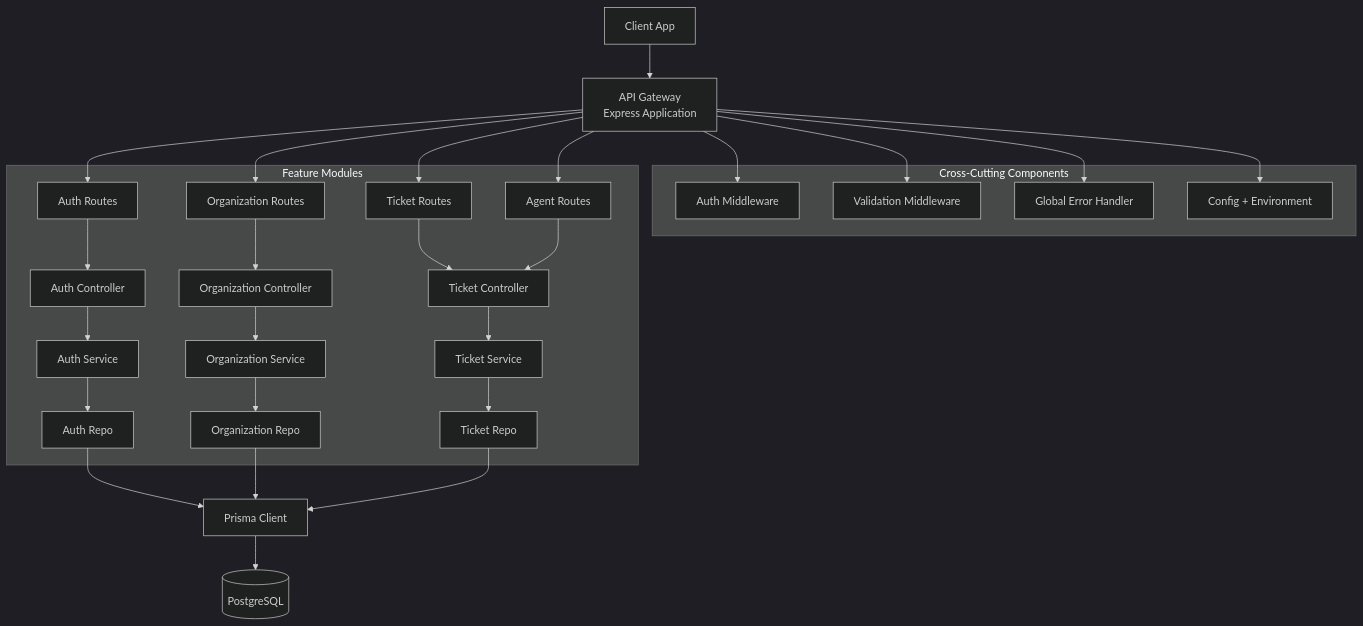
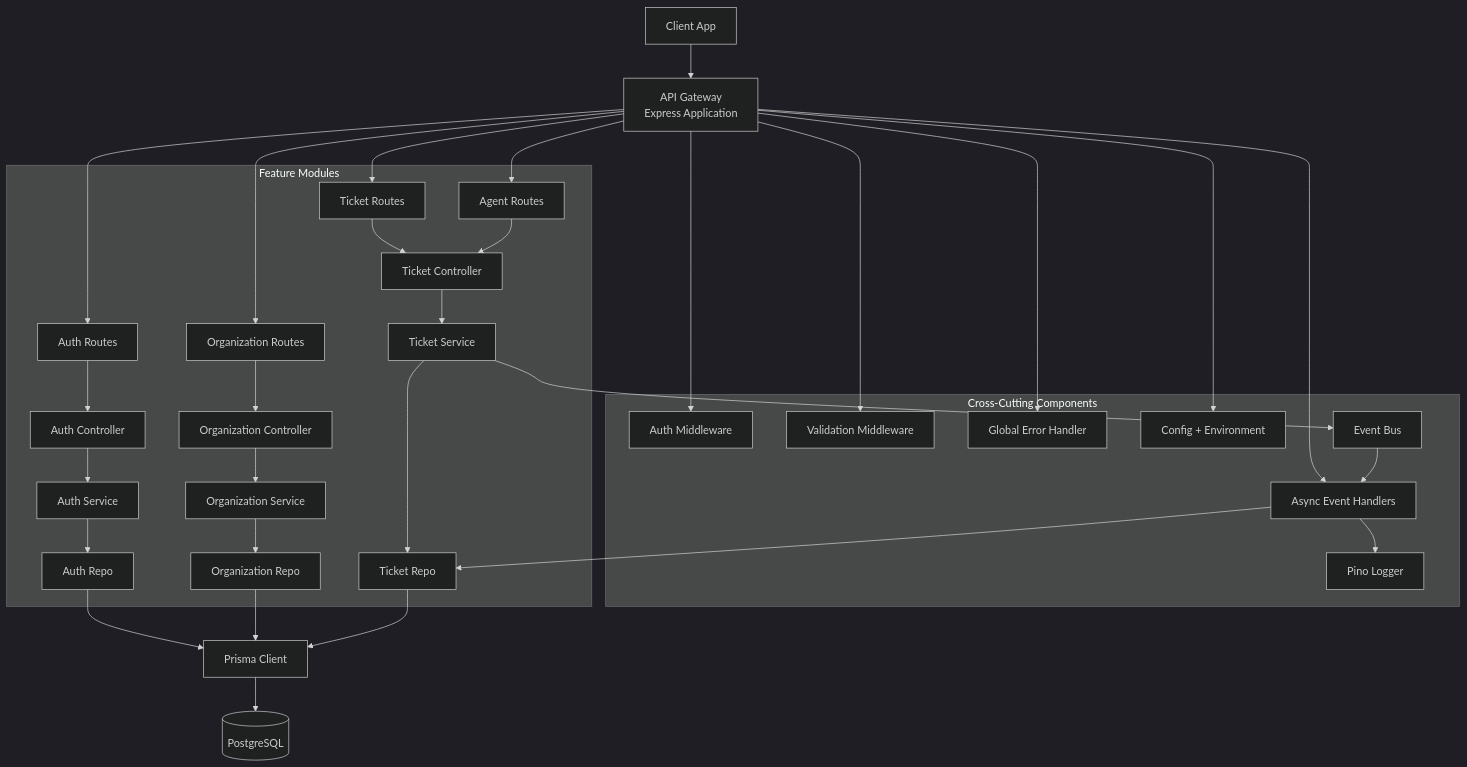
Before and after one commit to hardik-agarwal18/HelpForge: the diagram in docs/uml/02-component-current.mmd, drawn with Mermaid (dark theme). The commit also changed 7 other files, not shown here.

Commit message:
feat(uml): enhance UML diagrams with event bus and logging components for ticket management

```diff
--- a/docs/uml/02-component-current.mmd
+++ b/docs/uml/02-component-current.mmd
@@ -1,63 +1,71 @@
 flowchart TB
 
   Client[Client App]
   API[API Gateway\nExpress Application]
 
   subgraph CrossCutting[Cross-Cutting Components]
     AuthMW[Auth Middleware]
     ValidationMW[Validation Middleware]
     ErrorHandler[Global Error Handler]
     Config[Config + Environment]
+    Logger[Pino Logger]
+    EventBus[Event Bus]
+    EventHandlers[Async Event Handlers]
   end
 
   subgraph Modules[Feature Modules]
     AuthRoutes[Auth Routes]
     OrgRoutes[Organization Routes]
     TicketRoutes[Ticket Routes]
     AgentRoutes[Agent Routes]
 
     AuthController[Auth Controller]
     OrgController[Organization Controller]
     TicketController[Ticket Controller]
 
     AuthService[Auth Service]
     OrgService[Organization Service]
     TicketService[Ticket Service]
 
     AuthRepo[Auth Repo]
     OrgRepo[Organization Repo]
     TicketRepo[Ticket Repo]
   end
 
   Prisma[Prisma Client]
   DB[(PostgreSQL)]
 
   Client --> API
   API --> AuthMW
   API --> ValidationMW
   API --> ErrorHandler
   API --> Config
+  API --> EventHandlers
 
   API --> AuthRoutes
   API --> OrgRoutes
   API --> TicketRoutes
   API --> AgentRoutes
 
   AuthRoutes --> AuthController
   OrgRoutes --> OrgController
   TicketRoutes --> TicketController
   AgentRoutes --> TicketController
 
   AuthController --> AuthService
   OrgController --> OrgService
   TicketController --> TicketService
 
   AuthService --> AuthRepo
   OrgService --> OrgRepo
   TicketService --> TicketRepo
+  TicketService --> EventBus
+  EventBus --> EventHandlers
+  EventHandlers --> TicketRepo
+  EventHandlers --> Logger
 
   AuthRepo --> Prisma
   OrgRepo --> Prisma
   TicketRepo --> Prisma
 
   Prisma --> DB
```
